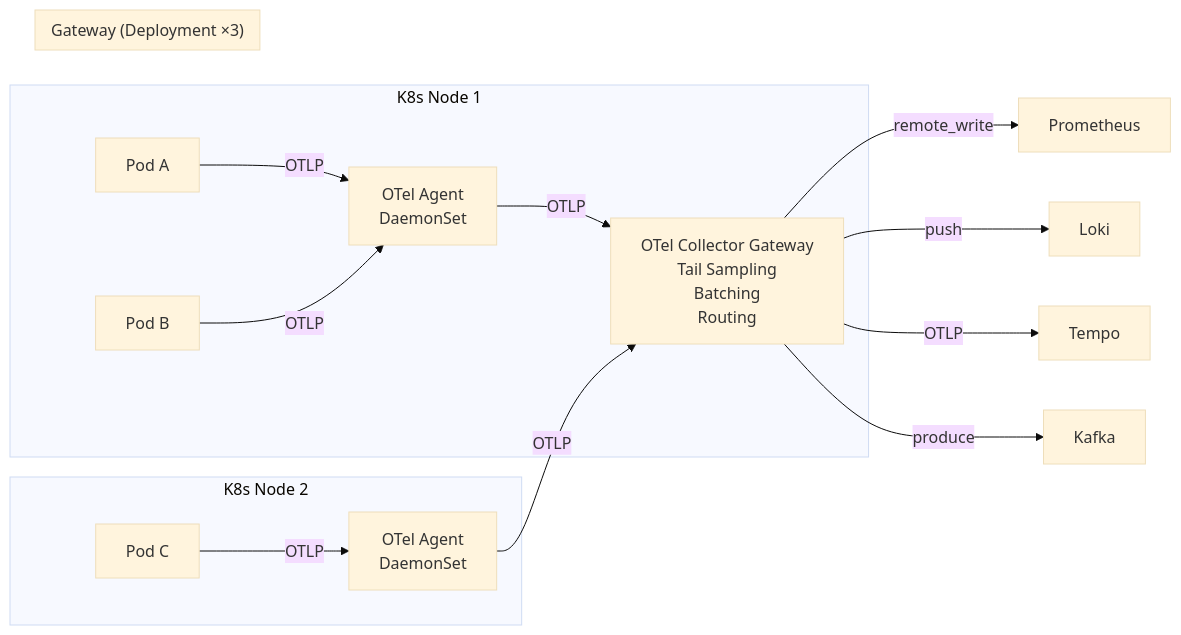
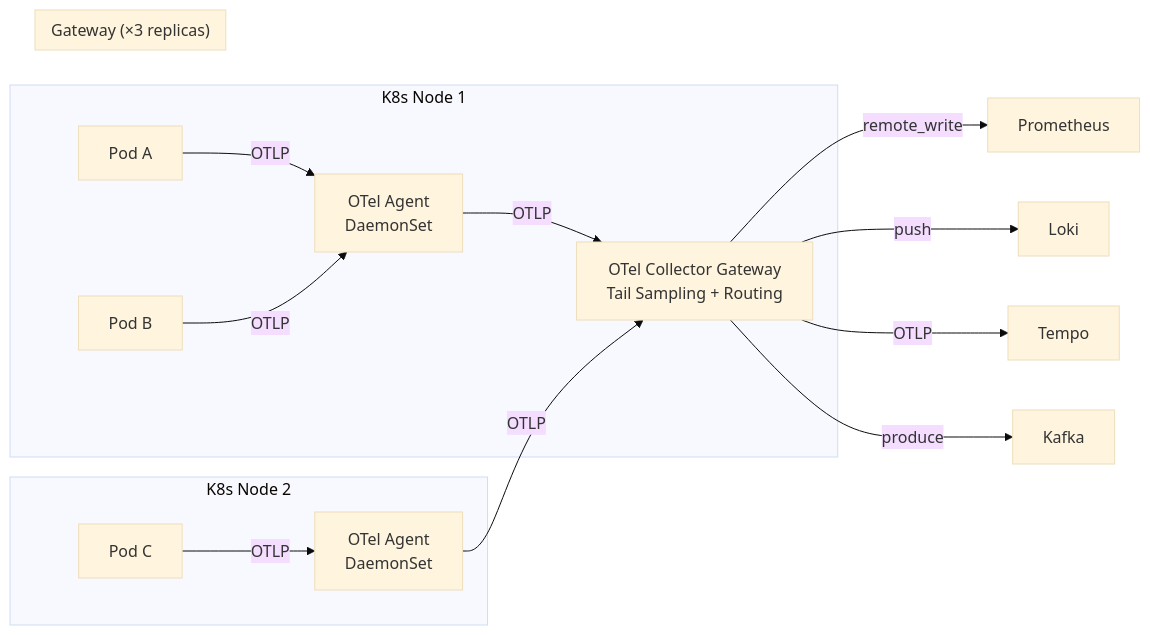
Before and after one commit to XUanhoa04/aiops-engineering-handbook: the fourth of 4 diagrams in docs/vi/02-opentelemetry/README.vi.md, drawn with Mermaid (base theme). The commit also changed other lines of this file and 3 other files, not shown here.

````diff
--- a/docs/vi/02-opentelemetry/README.vi.md
+++ b/docs/vi/02-opentelemetry/README.vi.md
@@ -800,22 +607,22 @@
 ```mermaid
 graph LR
     subgraph Node1["K8s Node 1"]
         P1[Pod A] -->|OTLP| AG1[OTel Agent\nDaemonSet]
         P2[Pod B] -->|OTLP| AG1
         AG1 -->|OTLP| GW
     end
 
     subgraph Node2["K8s Node 2"]
         P3[Pod C] -->|OTLP| AG2[OTel Agent\nDaemonSet]
         AG2 -->|OTLP| GW
     end
 
-    subgraph Gateway["Gateway (Deployment ×3)"]
-        GW[OTel Collector Gateway\nTail Sampling\nBatching\nRouting]
+    subgraph Gateway["Gateway (×3 replicas)"]
+        GW[OTel Collector Gateway\nTail Sampling + Routing]
     end
 
     GW -->|remote_write| PROM[Prometheus]
     GW -->|push| LOKI[Loki]
     GW -->|OTLP| TEMPO[Tempo]
     GW -->|produce| KAFKA[Kafka]
 ```
````
